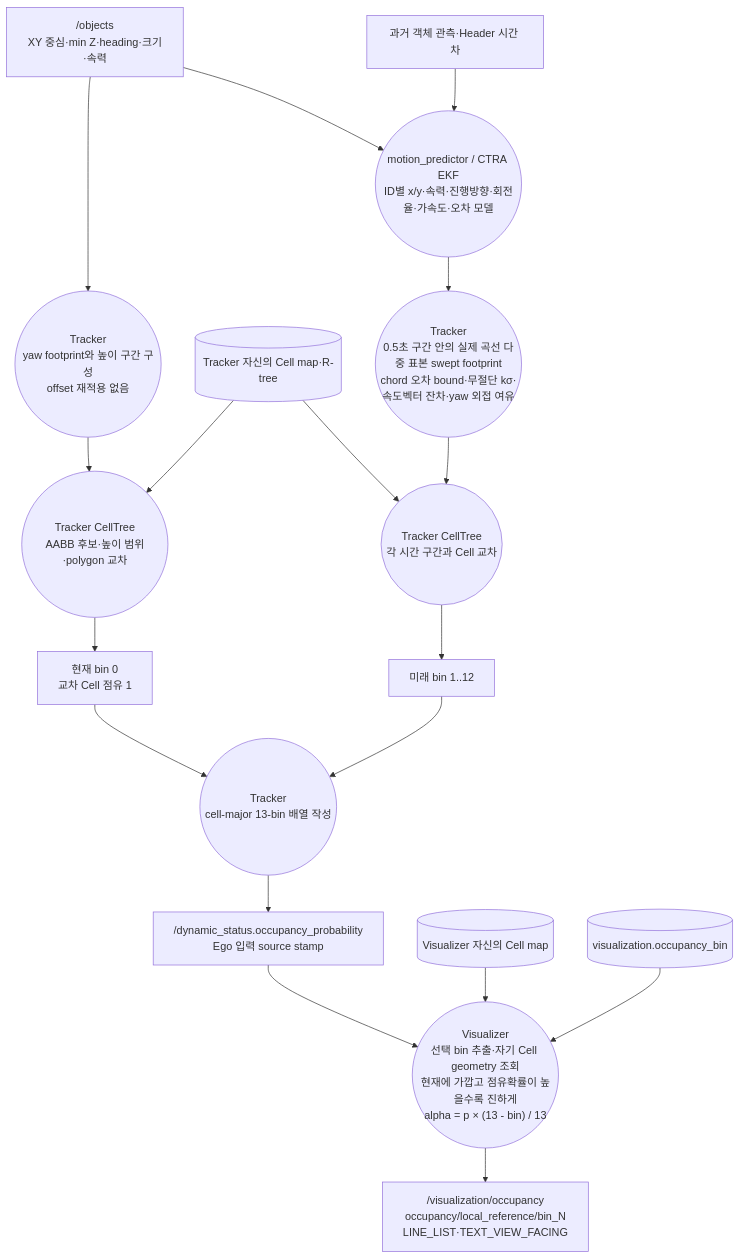
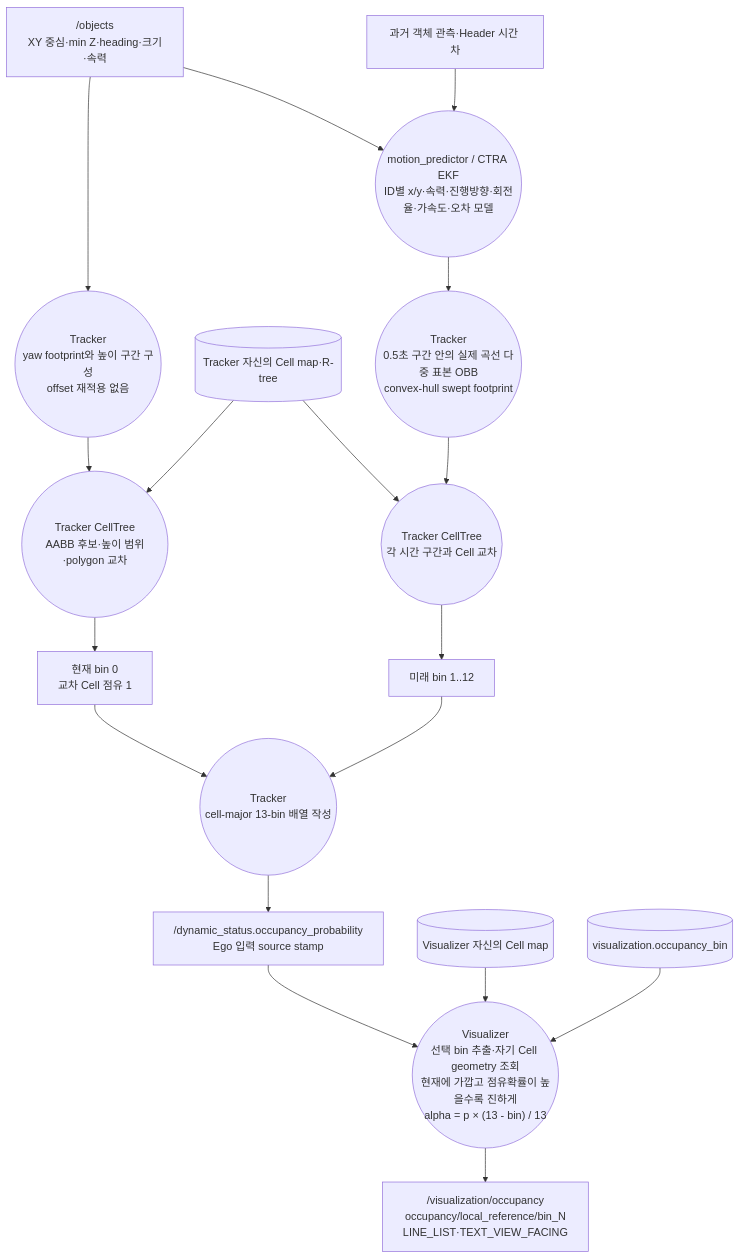
One commit to Team-Stier/HL-FMA2026-sim-stier changed the seventh of 14 diagrams in docs/DataPipeline.md. Above: the diagram before and after it, drawn with Mermaid. The commit also changed other lines of this file and 12 other files, not shown here.

````diff
--- a/docs/DataPipeline.md
+++ b/docs/DataPipeline.md
@@ -131,20 +131,20 @@
 ```mermaid
 flowchart TD
     OBJECTS["/objects<br/>XY 중심·min Z·heading·크기·속력"] --> BOX(("Tracker<br/>yaw footprint와 높이 구간 구성<br/>offset 재적용 없음"))
     BOX --> CURRENT(("Tracker CellTree<br/>AABB 후보·높이 범위·polygon 교차"))
     MAP[("Tracker 자신의 Cell map·R-tree")] --> CURRENT
     CURRENT --> NOW["현재 bin 0<br/>교차 Cell 점유 1"]
     OBJECTS --> PREDICT(("motion_predictor / CTRA EKF<br/>ID별 x/y·속력·진행방향·회전율·가속도·오차 모델"))
     HISTORY["과거 객체 관측·Header 시간 차"] --> PREDICT
-    PREDICT --> SWEEP(("Tracker<br/>0.5초 구간 안의 실제 곡선 다중 표본 swept footprint<br/>chord 오차 bound·무절단 kσ·속도벡터 잔차·yaw 외접 여유"))
+    PREDICT --> SWEEP(("Tracker<br/>0.5초 구간 안의 실제 곡선 다중 표본 OBB<br/>convex-hull swept footprint"))
     SWEEP --> FUTURE(("Tracker CellTree<br/>각 시간 구간과 Cell 교차"))
     MAP --> FUTURE
     FUTURE --> BINS["미래 bin 1..12"]
     NOW --> ARRAY(("Tracker<br/>cell-major 13-bin 배열 작성"))
     BINS --> ARRAY
     ARRAY --> DS["/dynamic_status.occupancy_probability<br/>Ego 입력 source stamp"]
     DS --> DISPLAY(("Visualizer<br/>선택 bin 추출·자기 Cell geometry 조회<br/>현재에 가깝고 점유확률이 높을수록 진하게<br/>alpha = p × (13 - bin) / 13"))
     VMAP[("Visualizer 자신의 Cell map")] --> DISPLAY
     CONFIG[("visualization.occupancy_bin")] --> DISPLAY
     DISPLAY --> MARKERS["/visualization/occupancy<br/>occupancy/local_reference/bin_N<br/>LINE_LIST·TEXT_VIEW_FACING"]
 ```
````
